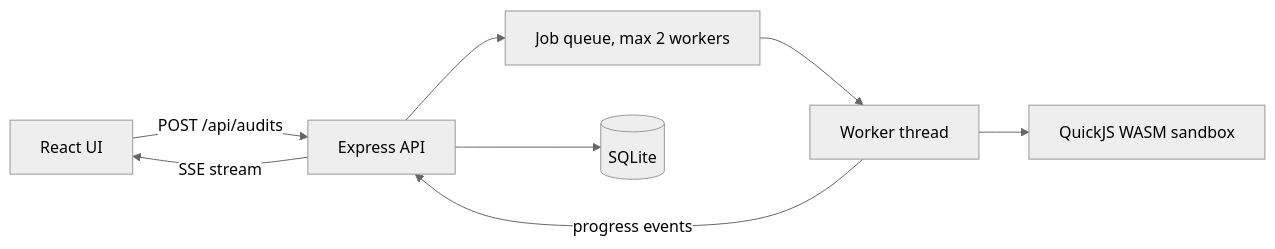
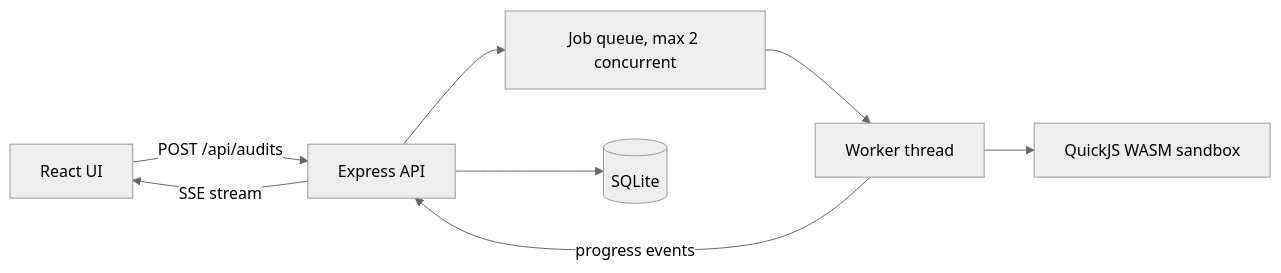
Before and after one commit to SubhuPanda21/Bluffcheck: the diagram in README.md, drawn with Mermaid (neutral theme). The commit also changed other lines of this file, not shown here.

````diff
--- a/README.md
+++ b/README.md
@@ -41,10 +61,10 @@
 ```mermaid
 flowchart LR
   B[React UI] -->|POST /api/audits| S[Express API]
-  S --> Q[Job queue, max 2 workers]
+  S --> Q[Job queue, max 2 concurrent]
   Q --> W[Worker thread]
   W --> X[QuickJS WASM sandbox]
   W -->|progress events| S
   S -->|SSE stream| B
   S --> D[(SQLite)]
 ```
````
